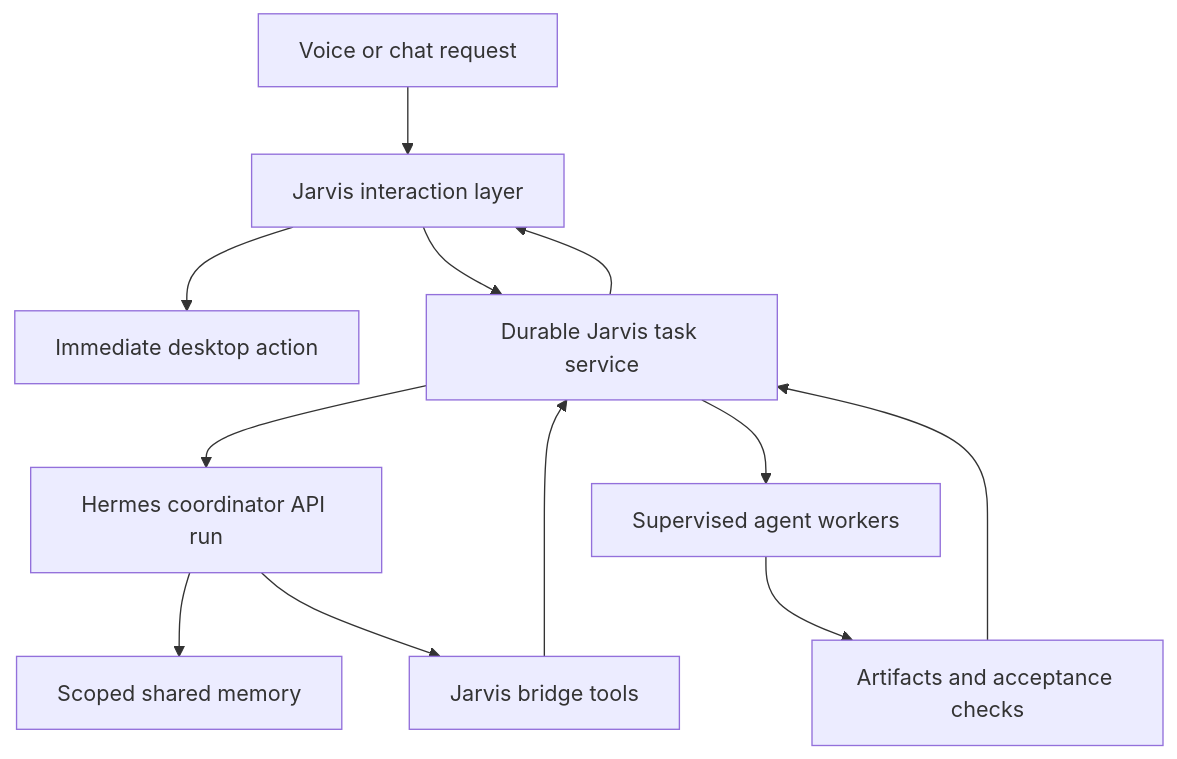
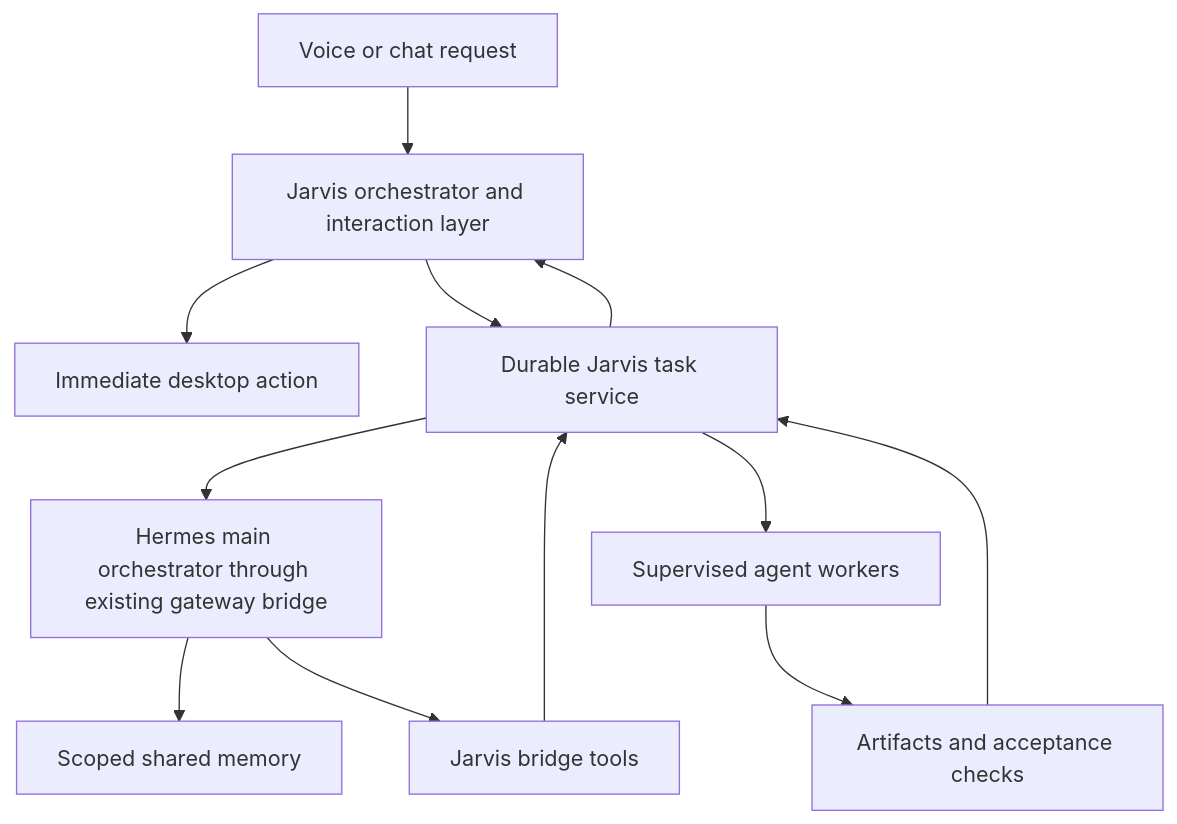
One commit to Jarvis-os-tech/JARVIS-OMA changed the diagram in docs/research/hermes-orchestrator/Hermes-Jarvis-Orchestrator-Blueprint.md. Above: the diagram before and after it, drawn with Mermaid. The commit also changed other lines of this file and 34 other files, not shown here.

````diff
--- a/docs/research/hermes-orchestrator/Hermes-Jarvis-Orchestrator-Blueprint.md
+++ b/docs/research/hermes-orchestrator/Hermes-Jarvis-Orchestrator-Blueprint.md
@@ -199,14 +225,14 @@
 ```mermaid
 flowchart TD
-  U[Voice or chat request] --> V[Jarvis interaction layer]
+  U[Voice or chat request] --> V[Jarvis orchestrator and interaction layer]
   V --> F[Immediate desktop action]
   V --> B[Durable Jarvis task service]
-  B --> H[Hermes coordinator API run]
+  B --> H[Hermes main orchestrator through existing gateway bridge]
   H --> M[Scoped shared memory]
   H --> T[Jarvis bridge tools]
   T --> B
   B --> W[Supervised agent workers]
   W --> E[Artifacts and acceptance checks]
   E --> B
   B --> V
 ```
````
